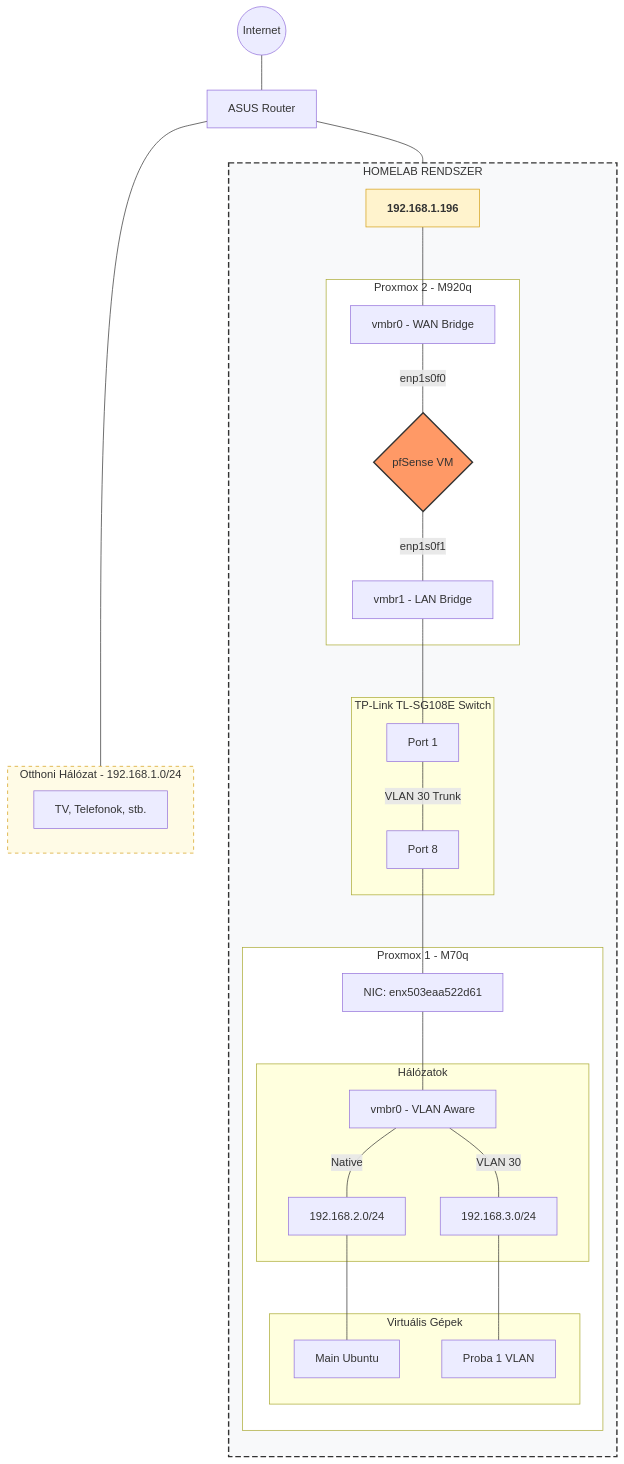
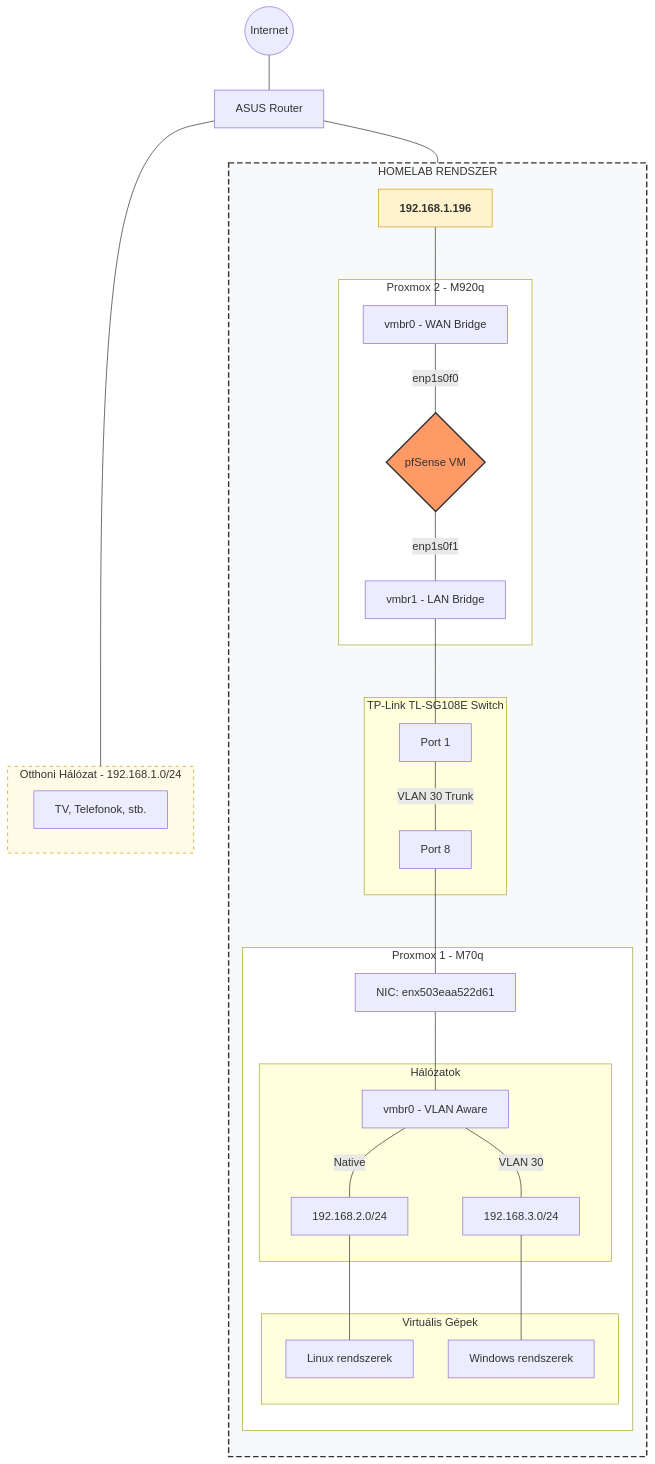
Before and after one commit to torokrolf/homelab: the diagram in 00-Homelab_Hardware/proba.md, drawn with Mermaid.

````diff
--- a/00-Homelab_Hardware/proba.md
+++ b/00-Homelab_Hardware/proba.md
@@ -1,69 +1,69 @@
 ```mermaid
 graph TD
-    %% Külső világ legfelül
+    %% Külső világ
     Internet((Internet)) --- Asus[ASUS Router]
 
-    %% Az ASUS-ból két külön út indul lefelé
+    %% Külön ágak az ASUS-tól lefelé
     Asus --- Home_Net_Box
     Asus --- Entry_IP
 
-    %% Első megálló: Otthoni hálózat (Külön dobozban, hogy ne takarja az IP-t)
+    %% Otthoni hálózat szekció
     subgraph Home_Net_Box [Otthoni Hálózat - 192.168.1.0/24]
         Devices[TV, Telefonok, stb.]
     end
 
-    %% Második megálló: A Homelab dedikált IP címe
+    %% Homelab belépési pont
     Entry_IP[192.168.1.196]
 
     subgraph Homelab_System [HOMELAB RENDSZER]
         direction TB
         
-        %% Proxmox 2 (A tűzfalad)
+        %% Proxmox 2 - M920q
         subgraph Node2 [Proxmox 2 - M920q]
             VMBR0_P2[vmbr0 - WAN Bridge]
             pfS{pfSense VM}
             VMBR1_P2[vmbr1 - LAN Bridge]
 
             VMBR0_P2 -- "enp1s0f0" --- pfS
             pfS -- "enp1s0f1" --- VMBR1_P2
         end
 
-        %% Az IP doboz csatlakozása a fizikai bridge-hez
         Entry_IP --- VMBR0_P2
 
-        %% Switch
+        %% Fizikai Switch
         VMBR1_P2 --- SW_P1
         
         subgraph Switch [TP-Link TL-SG108E Switch]
             SW_P1[Port 1] -- "VLAN 30 Trunk" --- SW_P8[Port 8]
         end
 
-        %% Proxmox 1 (A szervered)
+        %% Proxmox 1 - M70q
         SW_P8 --- P1_NIC
         
         subgraph Node1 [Proxmox 1 - M70q]
             P1_NIC[NIC: enx503eaa522d61]
             P1_Bridge[vmbr0 - VLAN Aware]
             
             P1_NIC --- P1_Bridge
 
             subgraph Subnets [Hálózatok]
                 P1_Bridge -- "Native" --- LAN2[192.168.2.0/24]
                 P1_Bridge -- "VLAN 30" --- VLAN3[192.168.3.0/24]
             end
 
+            %% Átnevezett virtuális gép csoportok
             subgraph VMs [Virtuális Gépek]
-                LAN2 --- Ubu[Main Ubuntu]
-                VLAN3 --- P1V[Proba 1 VLAN]
+                LAN2 --- Linux[Linux rendszerek]
+                VLAN3 --- Windows[Windows rendszerek]
             end
         end
     end
 
     %% Stílusok a tiszta vizualizációhoz
     style Homelab_System fill:#f8f9fa,stroke:#333,stroke-width:2px,stroke-dasharray: 8 4
     style Entry_IP fill:#fff3cd,stroke:#d4a017,font-weight:bold
     style pfS fill:#f96,stroke:#333,stroke-width:2px
     style Home_Net_Box fill:#fffbe6,stroke:#d4a017,stroke-dasharray: 5 5
     style Node1 fill:#fff
     style Node2 fill:#fff
 ```
````
